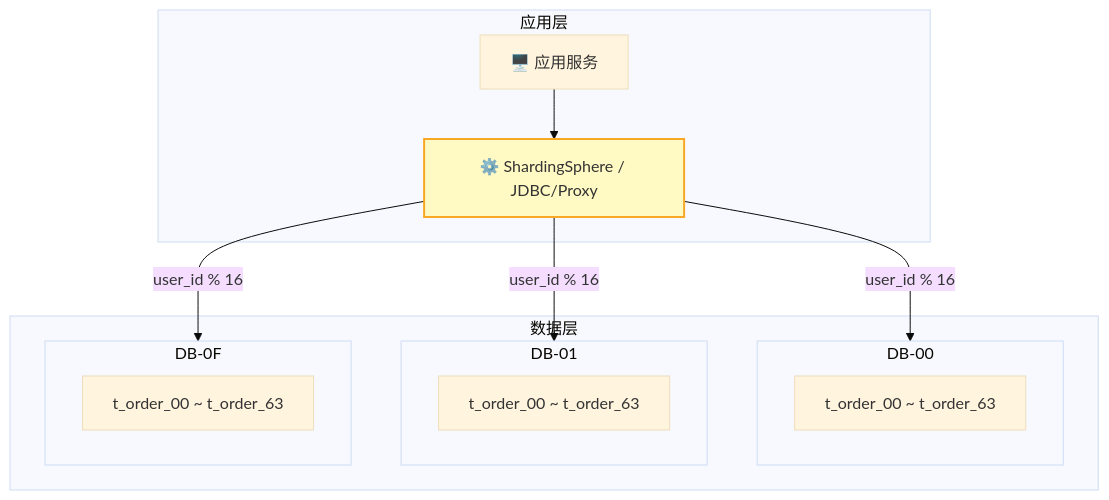
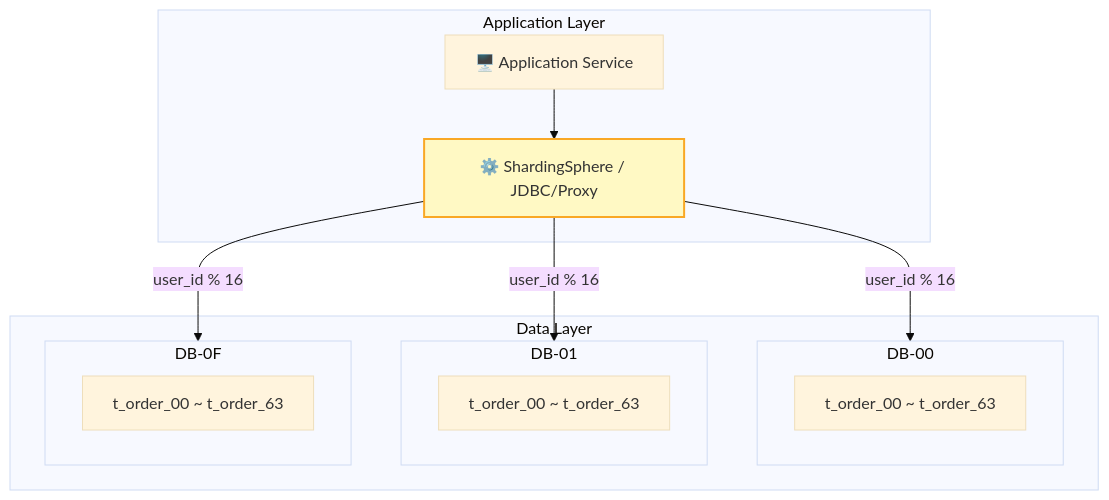
Before and after one commit to Kirky-X/cangjie: the sixth of 11 diagrams in templates/产品/技术层/【模板】数据库设计文档规范.md, drawn with Mermaid (base theme). The commit also changed other lines of this file and 46 other files, not shown here.

````diff
--- a/templates/产品/技术层/【模板】数据库设计文档规范.md
+++ b/templates/产品/技术层/【模板】数据库设计文档规范.md
@@ -420,26 +420,26 @@
 ```mermaid
 graph TB
-    subgraph 应用层
-        APP[🖥️ 应用服务]
+    subgraph Application Layer
+        APP[🖥️ Application Service]
         SS[⚙️ ShardingSphere / JDBC/Proxy]
     end
 
-    subgraph 数据层
+    subgraph Data Layer
         subgraph DB-00
             T00[t_order_00 ~ t_order_63]
         end
         subgraph DB-01
             T01[t_order_00 ~ t_order_63]
         end
         subgraph DB-0F
             T0F[t_order_00 ~ t_order_63]
         end
     end
 
     APP --> SS
     SS -->|user_id % 16| DB-00
     SS -->|user_id % 16| DB-01
     SS -->|user_id % 16| DB-0F
 
     style SS fill:#fff9c4,stroke:#f9a825,stroke-width:2px
 ```
````
